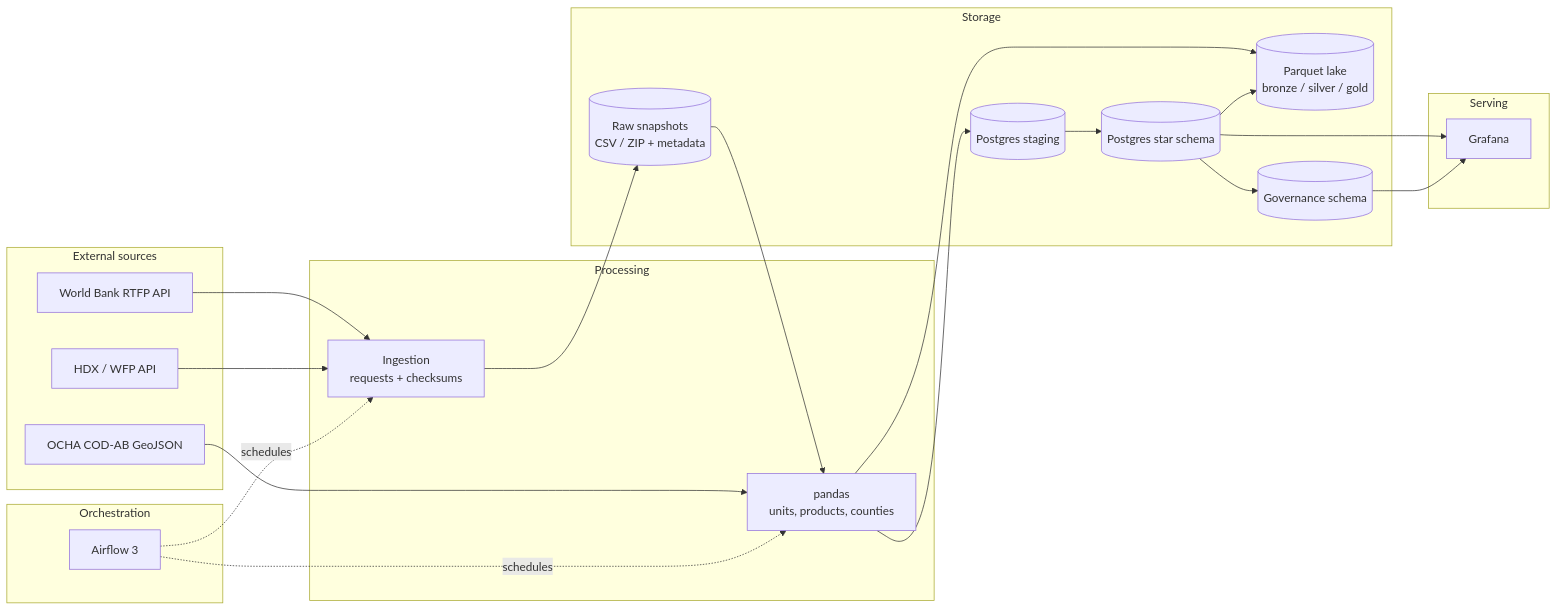
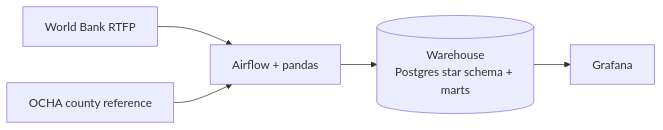
Before and after one commit to sirsona/kenya-food-price-platform: the diagram in docs/architecture.md, drawn with Mermaid. The commit also changed other lines of this file and 16 other files, not shown here.

Commit message:
M1: minimal source profile, architecture and star schema

````diff
--- a/docs/architecture.md
+++ b/docs/architecture.md
@@ -14,44 +7,7 @@
 ```mermaid
 flowchart LR
-  subgraph External sources
-    WB[World Bank RTFP API]
-    HDX[HDX / WFP API]
-    OCHA[OCHA COD-AB GeoJSON]
-  end
-
-  subgraph Orchestration
-    AF[Airflow 3]
-  end
-
-  subgraph Processing
-    ING[Ingestion\nrequests + checksums]
-    CLEAN[pandas\nunits, products, counties]
-  end
-
-  subgraph Storage
-    RAW[(Raw snapshots\nCSV / ZIP + metadata)]
-    LAKE[(Parquet lake\nbronze / silver / gold)]
-    STG[(Postgres staging)]
-    WH[(Postgres star schema)]
-    GOV[(Governance schema)]
-  end
-
-  subgraph Serving
-    GRAF[Grafana]
-  end
-
-  WB --> ING
-  HDX --> ING
-  OCHA --> CLEAN
-  AF -. schedules .-> ING
-  AF -. schedules .-> CLEAN
-  ING --> RAW
-  RAW --> CLEAN
-  CLEAN --> LAKE
-  CLEAN --> STG
-  STG --> WH
-  WH --> LAKE
-  WH --> GOV
-  WH --> GRAF
-  GOV --> GRAF
+  WB[World Bank RTFP] --> P[Airflow + pandas]
+  OCHA[OCHA county reference] --> P
+  P --> WH[(Warehouse\nPostgres star schema + marts)]
+  WH --> G[Grafana]
 ```
````
